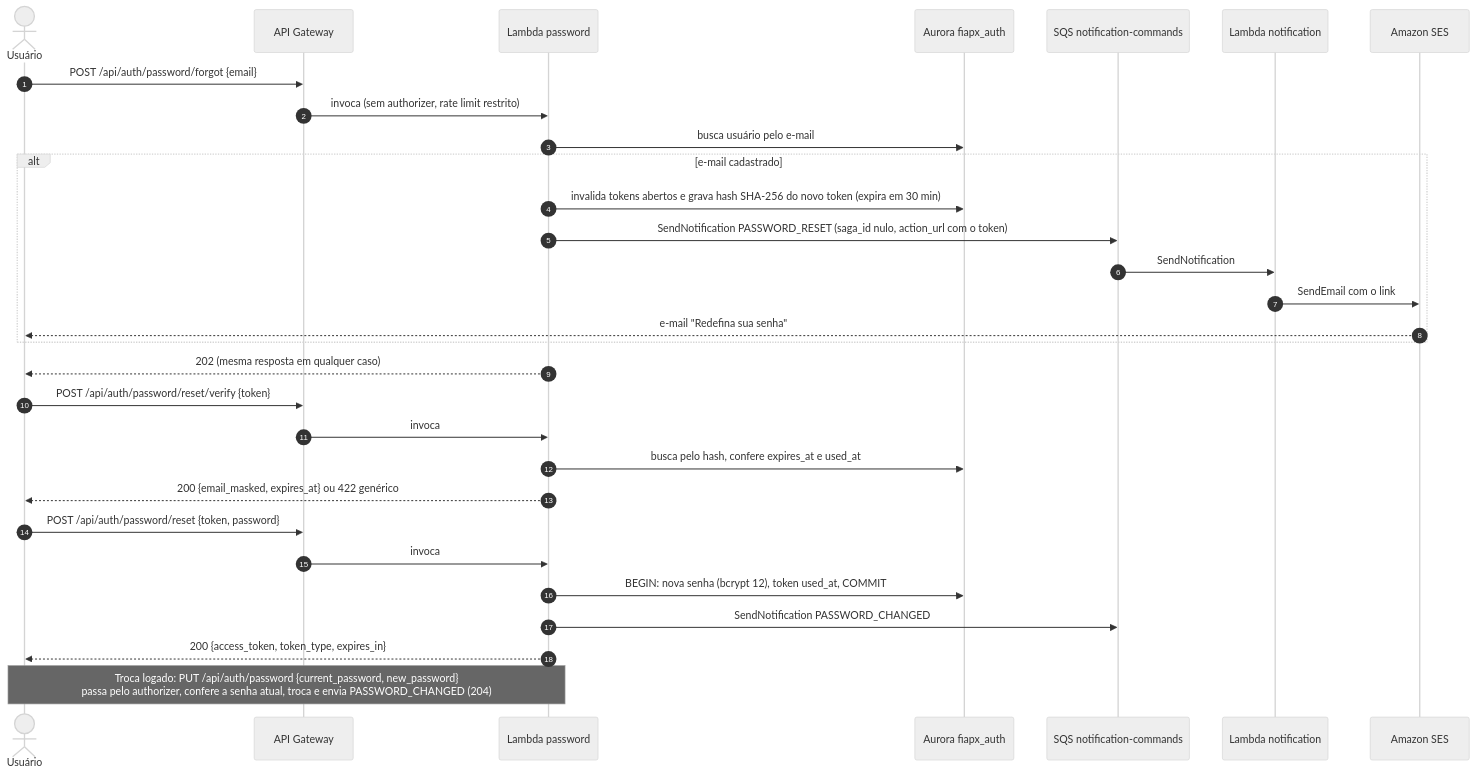
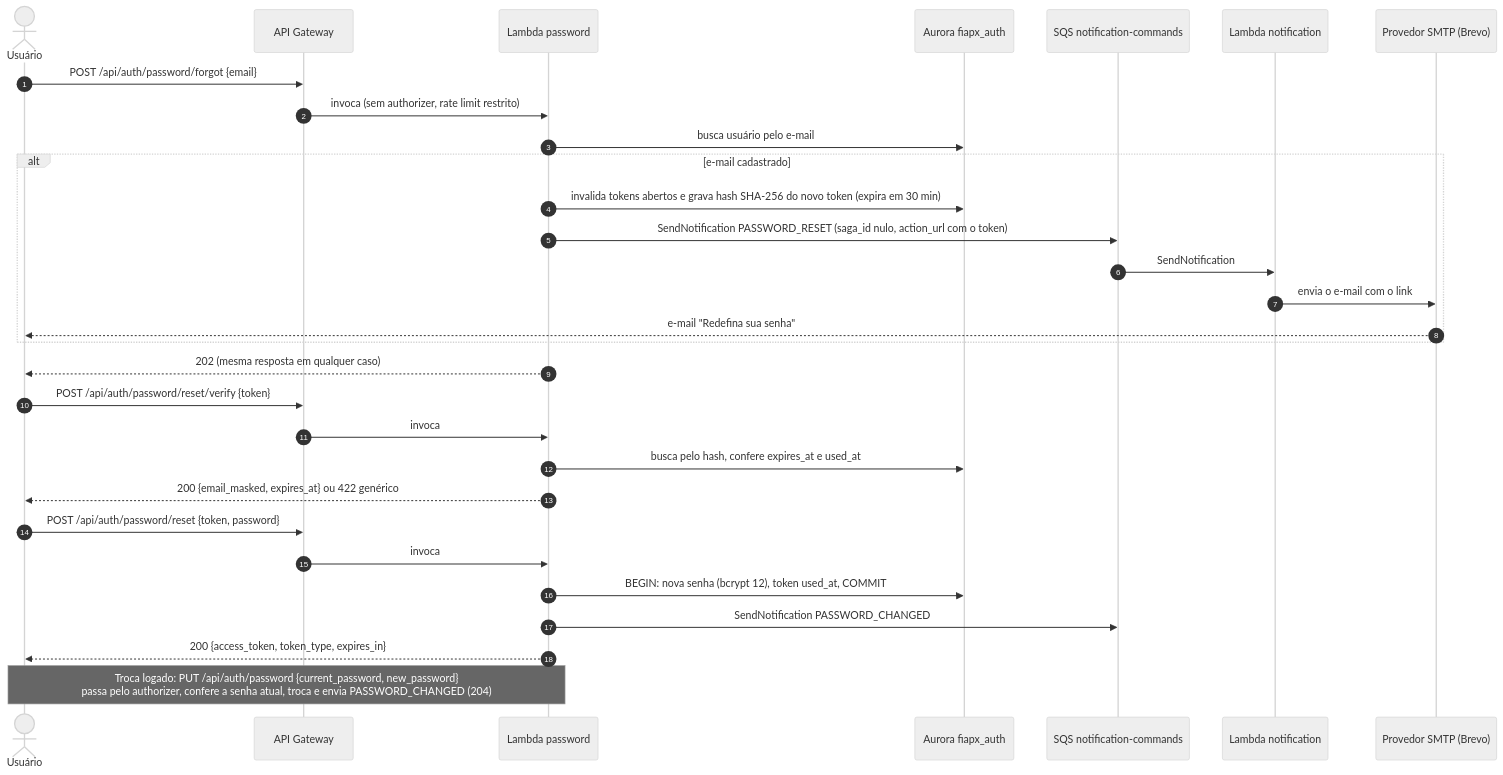
The sixth of 6 diagrams in 03-arquitetura/sequencias.md (hackathon-fiap-soat/fiapx-docs), drawn with Mermaid (neutral theme) before and after one commit. The commit also changed other lines of this file and 59 other files, not shown here.

````diff
--- a/03-arquitetura/sequencias.md
+++ b/03-arquitetura/sequencias.md
@@ -169,33 +169,33 @@
 ```mermaid
 sequenceDiagram
   autonumber
   actor U as Usuário
   participant GW as API Gateway
   participant PW as Lambda password
   participant DB as Aurora fiapx_auth
   participant QN as SQS notification-commands
   participant N as Lambda notification
-  participant SES as Amazon SES
+  participant SMTP as Provedor SMTP (Brevo)
 
   U->>GW: POST /api/auth/password/forgot {email}
   GW->>PW: invoca (sem authorizer, rate limit restrito)
   PW->>DB: busca usuário pelo e-mail
   alt e-mail cadastrado
     PW->>DB: invalida tokens abertos e grava hash SHA-256 do novo token (expira em 30 min)
     PW->>QN: SendNotification PASSWORD_RESET (saga_id nulo, action_url com o token)
     QN->>N: SendNotification
-    N->>SES: SendEmail com o link
-    SES-->>U: e-mail "Redefina sua senha"
+    N->>SMTP: envia o e-mail com o link
+    SMTP-->>U: e-mail "Redefina sua senha"
   end
   PW-->>U: 202 (mesma resposta em qualquer caso)
   U->>GW: POST /api/auth/password/reset/verify {token}
   GW->>PW: invoca
   PW->>DB: busca pelo hash, confere expires_at e used_at
   PW-->>U: 200 {email_masked, expires_at} ou 422 genérico
   U->>GW: POST /api/auth/password/reset {token, password}
   GW->>PW: invoca
   PW->>DB: BEGIN: nova senha (bcrypt 12), token used_at, COMMIT
   PW->>QN: SendNotification PASSWORD_CHANGED
   PW-->>U: 200 {access_token, token_type, expires_in}
   Note over U,PW: Troca logado: PUT /api/auth/password {current_password, new_password}<br/>passa pelo authorizer, confere a senha atual, troca e envia PASSWORD_CHANGED (204)
 ```
````
